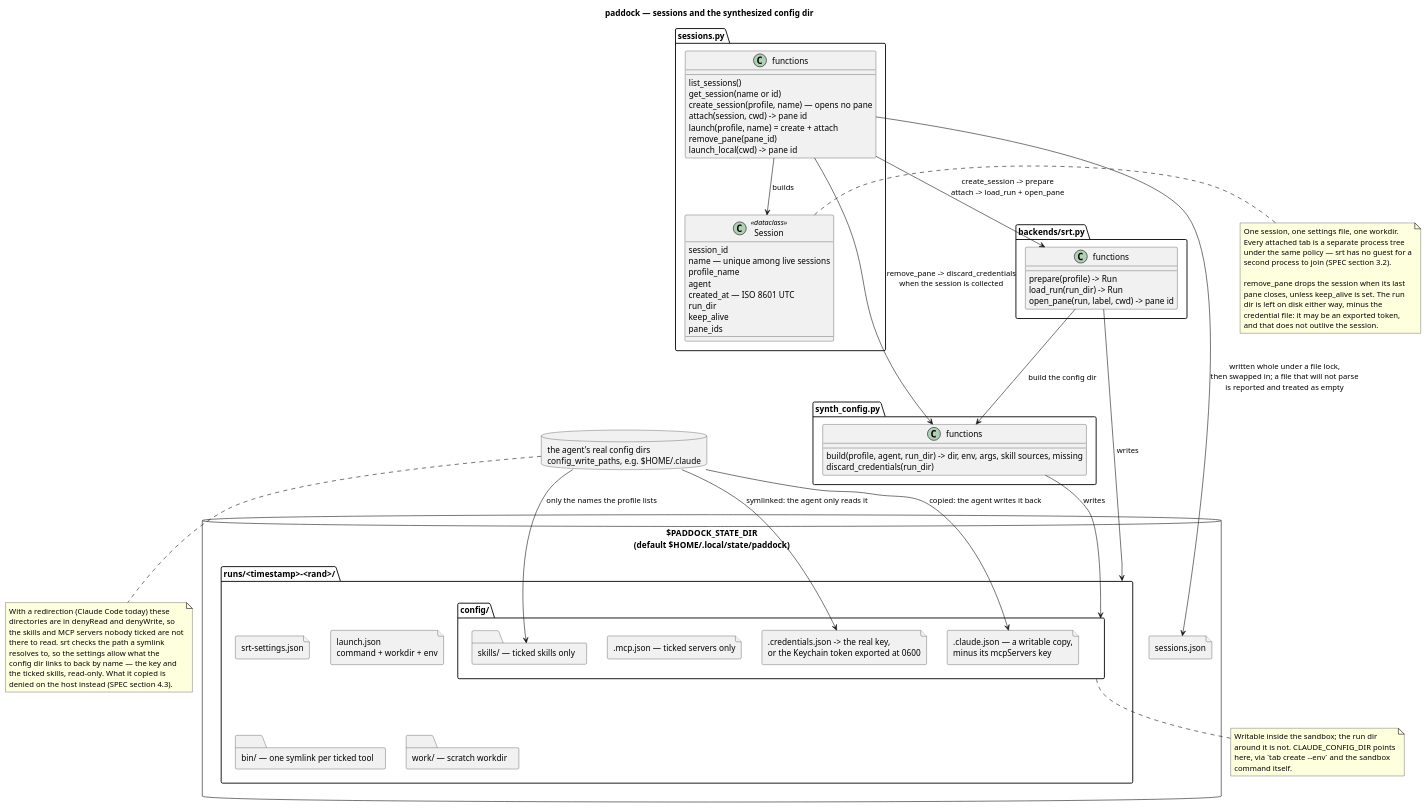
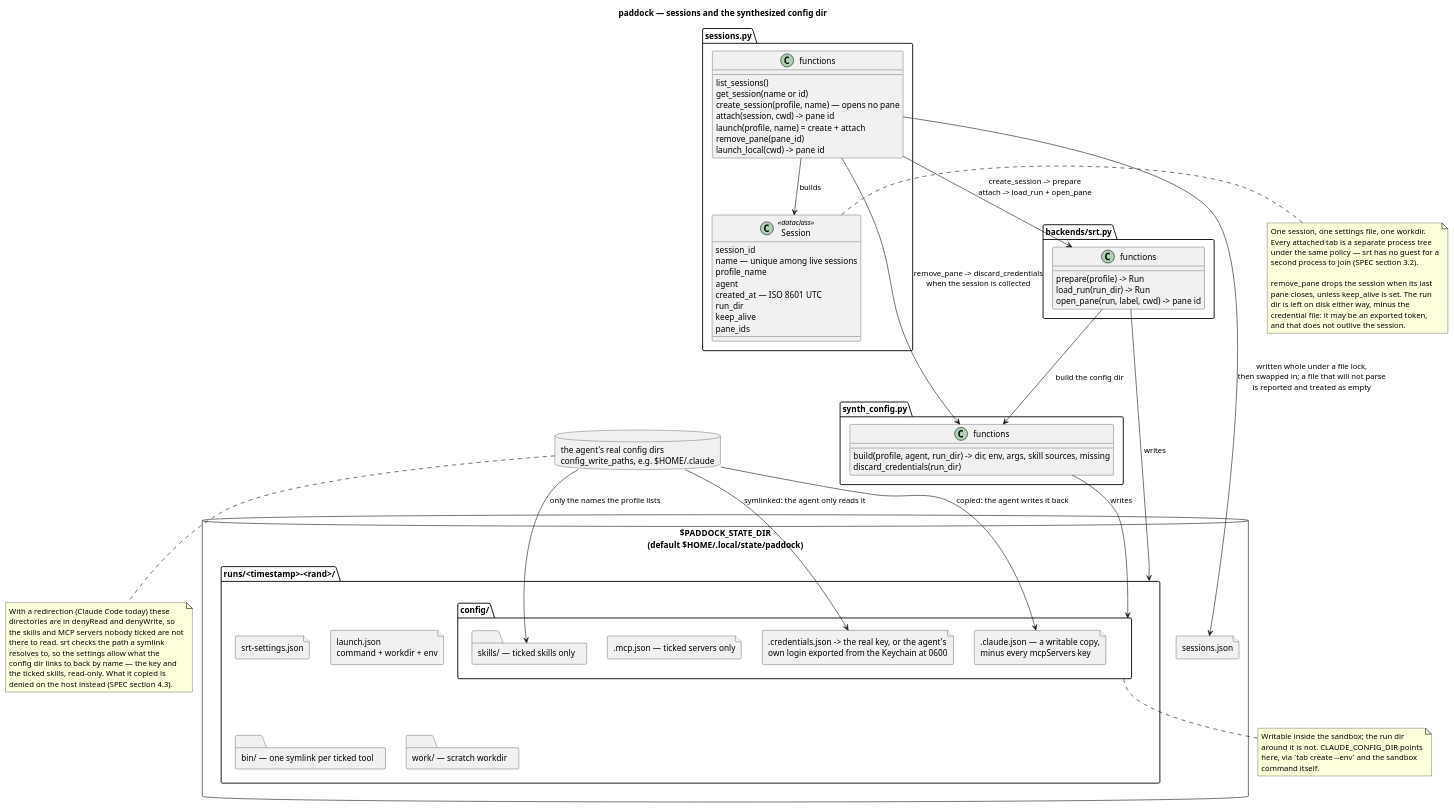
Before and after one commit to paddock-sh/paddock: the diagram in docs/diagrams/sessions_and_config.puml, drawn with PlantUML. The commit also changed 4 other files, not shown here.

First line of the commit message:
fix: keep the MCP tokens and the project-scoped servers out of the config dir

```diff
--- a/docs/diagrams/sessions_and_config.puml
+++ b/docs/diagrams/sessions_and_config.puml
@@ -1,106 +1,106 @@
 @startuml sessions_and_config
 title paddock — sessions and the synthesized config dir
 
 allowmixing
 set separator none
 skinparam shadowing false
 skinparam classAttributeIconSize 0
 
 package "sessions.py" {
   class Session <<dataclass>> {
     session_id
     name — unique among live sessions
     profile_name
     agent
     created_at — ISO 8601 UTC
     run_dir
     keep_alive
     pane_ids
   }
   class "functions" as SessionFns {
     list_sessions()
     get_session(name or id)
     create_session(profile, name) — opens no pane
     attach(session, cwd) -> pane id
     launch(profile, name) = create + attach
     remove_pane(pane_id)
     launch_local(cwd) -> pane id
   }
 }
 
 package "backends/srt.py" {
   class "functions" as SrtFns {
     prepare(profile) -> Run
     load_run(run_dir) -> Run
     open_pane(run, label, cwd) -> pane id
   }
 }
 
 package "synth_config.py" {
   class "functions" as SynthFns {
     build(profile, agent, run_dir) -> dir, env, args, skill sources, missing
     discard_credentials(run_dir)
   }
 }
 
 database "$PADDOCK_STATE_DIR\n(default $HOME/.local/state/paddock)" as StateDir {
   file "sessions.json" as Registry
   folder "runs/<timestamp>-<rand>/" as RunDir {
     file "srt-settings.json" as Settings
     file "launch.json\ncommand + workdir + env" as Launch
     folder "bin/ — one symlink per ticked tool" as Shim
     folder "work/ — scratch workdir" as Work
     folder "config/" as Config {
-      file ".credentials.json -> the real key,\nor the Keychain token exported at 0600" as Creds
-      file ".claude.json — a writable copy,\nminus its mcpServers key" as AgentJson
+      file ".credentials.json -> the real key, or the agent's\nown login exported from the Keychain at 0600" as Creds
+      file ".claude.json — a writable copy,\nminus every mcpServers key" as AgentJson
       file ".mcp.json — ticked servers only" as Mcp
       folder "skills/ — ticked skills only" as Skills
     }
   }
 }
 
 database "the agent's real config dirs\nconfig_write_paths, e.g. $HOME/.claude" as RealConfig
 
 SessionFns --> Session : builds
 SessionFns --> Registry : written whole under a file lock,\nthen swapped in; a file that will not parse\nis reported and treated as empty
 SessionFns --> SrtFns : create_session -> prepare\nattach -> load_run + open_pane
 SessionFns --> SynthFns : remove_pane -> discard_credentials\nwhen the session is collected
 SrtFns --> SynthFns : build the config dir
 SrtFns --> RunDir : writes
 SynthFns --> Config : writes
 RealConfig --> Creds : symlinked: the agent only reads it
 RealConfig --> AgentJson : copied: the agent writes it back
 RealConfig --> Skills : only the names the profile lists
 
 note right of Session
   One session, one settings file, one workdir.
   Every attached tab is a separate process tree
   under the same policy — srt has no guest for a
   second process to join (SPEC section 3.2).
 
   remove_pane drops the session when its last
   pane closes, unless keep_alive is set. The run
   dir is left on disk either way, minus the
   credential file: it may be an exported token,
   and that does not outlive the session.
 end note
 
 note bottom of RealConfig
   With a redirection (Claude Code today) these
   directories are in denyRead and denyWrite, so
   the skills and MCP servers nobody ticked are not
   there to read. srt checks the path a symlink
   resolves to, so the settings allow what the
   config dir links to back by name — the key and
   the ticked skills, read-only. What it copied is
   denied on the host instead (SPEC section 4.3).
 end note
 
 note bottom of Config
   Writable inside the sandbox; the run dir
   around it is not. CLAUDE_CONFIG_DIR points
   here, via `tab create --env` and the sandbox
   command itself.
 end note
 
 @enduml
```
